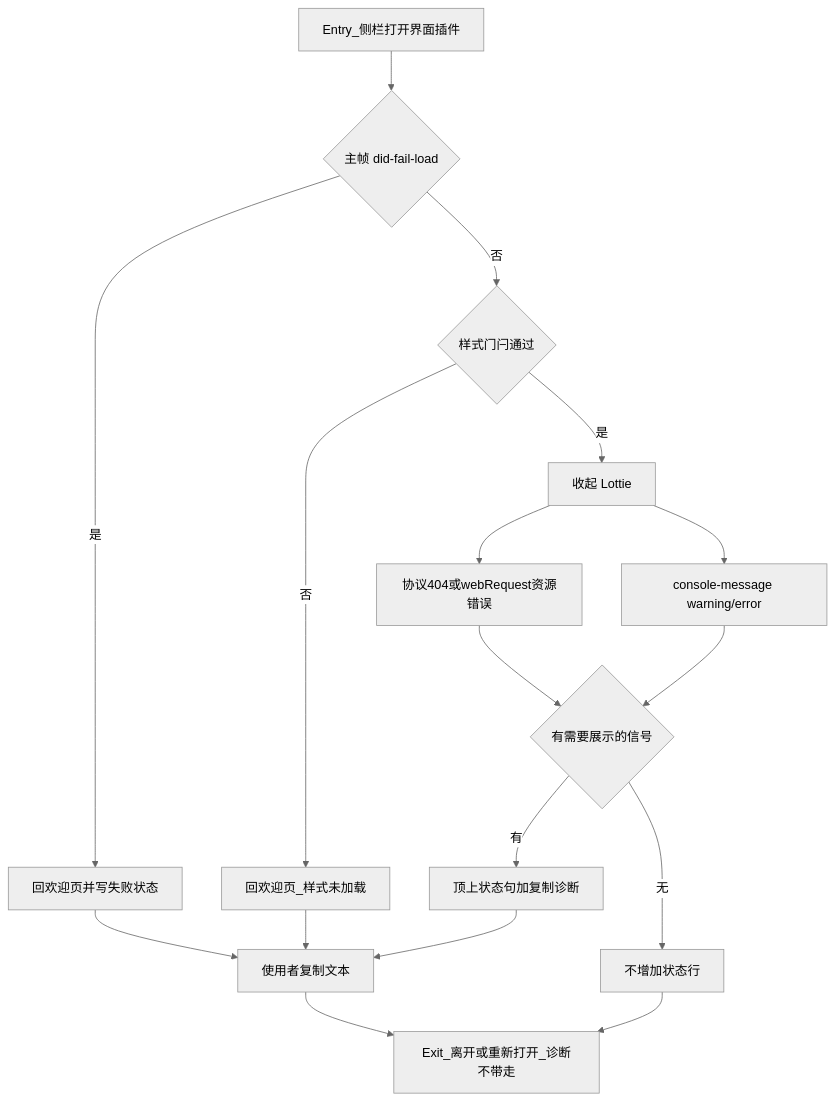
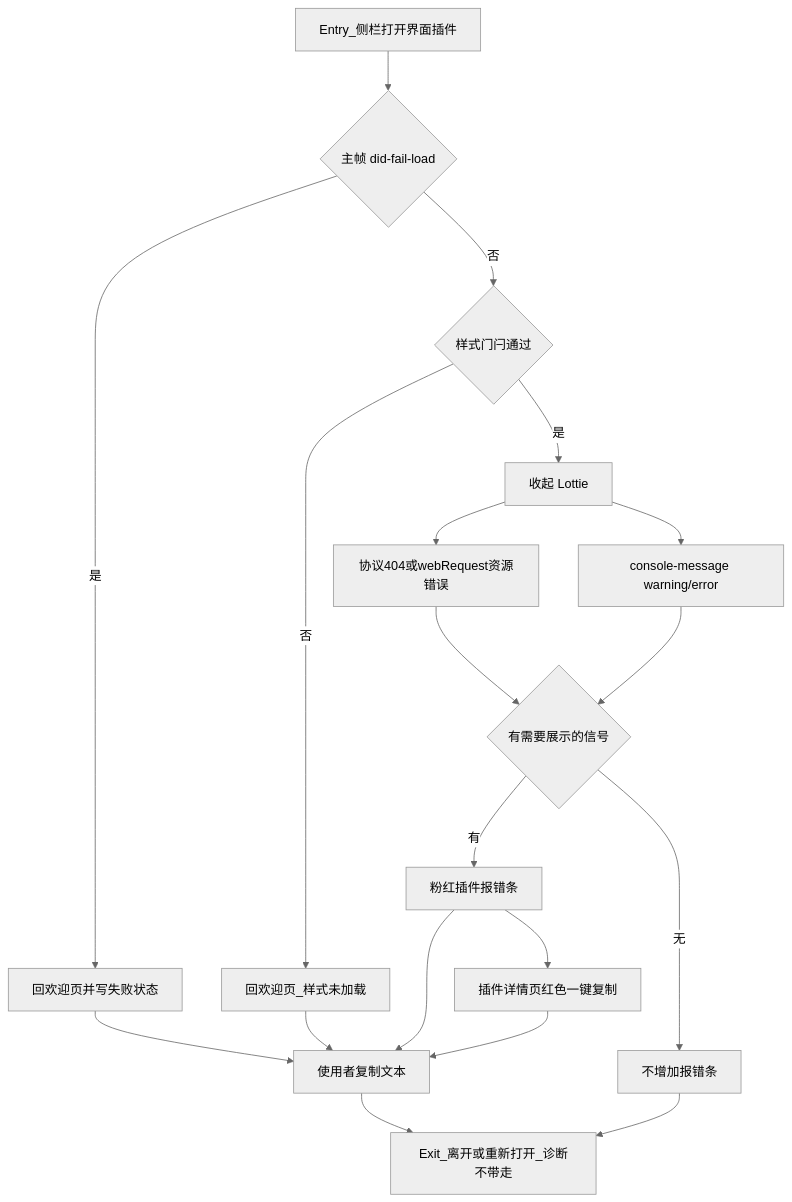
One commit to 0x00pluto/hy-evo-harness changed the first of 2 diagrams in specs/prds/prd-00022-plugin-page-diagnostics.md. Above: the diagram before and after it, drawn with Mermaid (neutral theme). The commit also changed other lines of this file and 18 other files, not shown here.

````diff
--- a/specs/prds/prd-00022-plugin-page-diagnostics.md
+++ b/specs/prds/prd-00022-plugin-page-diagnostics.md
@@ -203,33 +211,36 @@
 ```mermaid
 flowchart TD
   entryNode["Entry_侧栏打开界面插件"]
   mainFrame{"主帧 did-fail-load"}
   welcomeFail["回欢迎页并写失败状态"]
   styleGate{"样式门闩通过"}
   welcomeStyle["回欢迎页_样式未加载"]
   hideLottie["收起 Lottie"]
   assetFail["协议404或webRequest资源错误"]
   consoleMsg["console-message warning/error"]
   decide{"有需要展示的信号"}
-  statusRow["顶上状态句加复制诊断"]
-  quiet["不增加状态行"]
+  statusRow["粉红插件报错条"]
+  detailCopy["插件详情页红色一键复制"]
+  quiet["不增加报错条"]
   copy["使用者复制文本"]
   exitNode["Exit_离开或重新打开_诊断不带走"]
 
   entryNode --> mainFrame
   mainFrame -->|是| welcomeFail
   welcomeFail --> copy
   mainFrame -->|否| styleGate
   styleGate -->|否| welcomeStyle
   welcomeStyle --> copy
   styleGate -->|是| hideLottie
   hideLottie --> assetFail
   hideLottie --> consoleMsg
   assetFail --> decide
   consoleMsg --> decide
   decide -->|有| statusRow
   decide -->|无| quiet
+  statusRow --> detailCopy
   statusRow --> copy
+  detailCopy --> copy
   copy --> exitNode
   quiet --> exitNode
 ```
````
